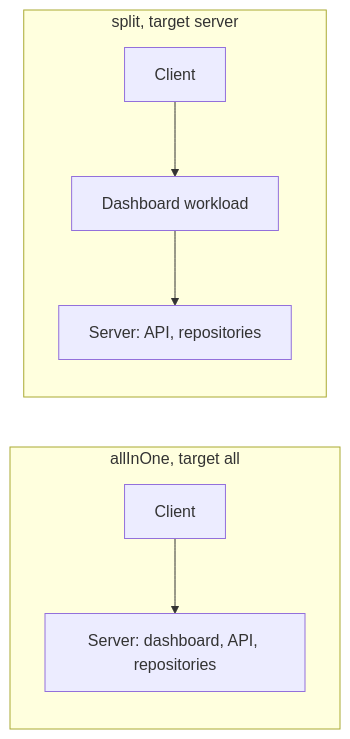
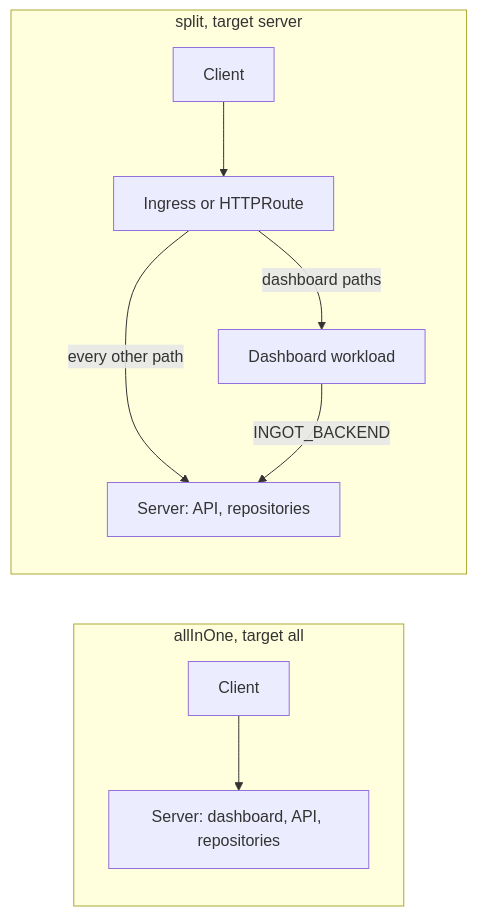
The diagram in docs/gitbook/references/architecture/deployment-modes.md (OneLiteFeatherNET/ingot), drawn with Mermaid before and after one commit. The commit also changed other lines of this file and 3 other files, not shown here.

First line of the commit message:
docs(gitbook): add the login and helm topology diagrams

````diff
--- a/docs/gitbook/references/architecture/deployment-modes.md
+++ b/docs/gitbook/references/architecture/deployment-modes.md
@@ -31,10 +31,12 @@
 ```mermaid
 flowchart LR
     subgraph AIO["allInOne, target all"]
         C1["Client"] --> S1["Server: dashboard, API, repositories"]
     end
     subgraph SPL["split, target server"]
-        C2["Client"] --> D2["Dashboard workload"]
-        D2 --> S2["Server: API, repositories"]
+        C2["Client"] --> Route["Ingress or HTTPRoute"]
+        Route -->|dashboard paths| D2["Dashboard workload"]
+        Route -->|every other path| S2["Server: API, repositories"]
+        D2 -->|INGOT_BACKEND| S2
     end
 ```
````
